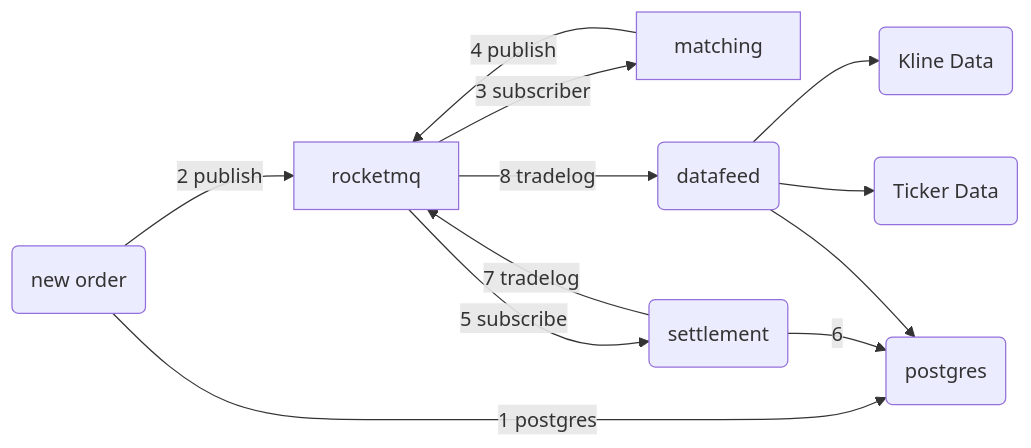
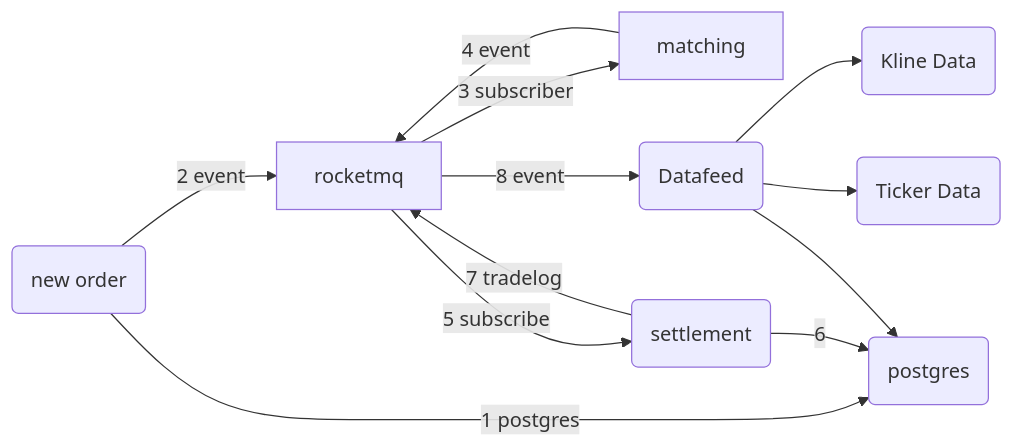
Before and after one commit to yzimhao/trading_engine: the first of 2 diagrams in overview.md, drawn with Mermaid.

````diff
--- a/overview.md
+++ b/overview.md
@@ -3,13 +3,13 @@
 ```mermaid
 graph LR
     client(new order) --1 postgres --> db(postgres)
-    client(new order) --2 publish --> rocketmq --3 subscriber --> matching
-    matching --4 publish --> rocketmq
+    client(new order) --2 event --> rocketmq --3 subscriber --> matching
+    matching --4 event --> rocketmq
     rocketmq --5 subscribe --> settlement(settlement) --6--> db(postgres)
     settlement(settlement) --7 tradelog --> rocketmq
-    rocketmq --8 tradelog --> datafeed(datafeed)
+    rocketmq --8 event --> Datafeed(Datafeed)
 
-    datafeed(datafeed) --> KlineData(Kline Data)
-    datafeed(datafeed) --> tickerData(Ticker Data)
-    datafeed(datafeed) --> db(postgres)
+    Datafeed(Datafeed) --> KlineData(Kline Data)
+    Datafeed(Datafeed) --> tickerData(Ticker Data)
+    Datafeed(Datafeed) --> db(postgres)
 ```
````
